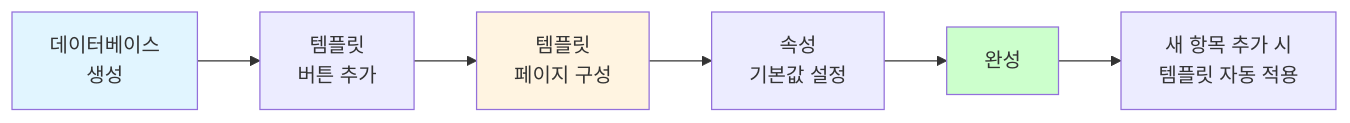
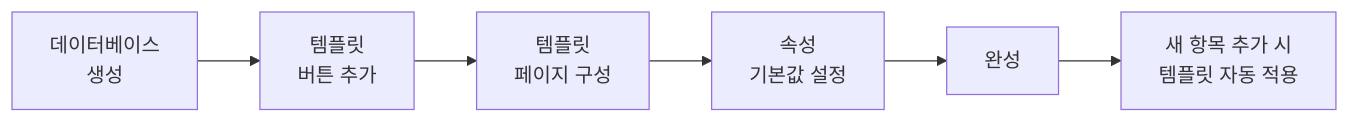
One commit to nugurejeil/weniVooks changed the fourth of 9 diagrams in _md/genai-notion/chapter09/09-1.md. Above: the diagram before and after it, drawn with Mermaid. The commit also changed other lines of this file and 187 other files, not shown here.

````diff
--- a/_md/genai-notion/chapter09/09-1.md
+++ b/_md/genai-notion/chapter09/09-1.md
@@ -202,13 +197,9 @@
 ```mermaid
 flowchart LR
     A[데이터베이스<br/>생성] --> B[템플릿<br/>버튼 추가]
     B --> C[템플릿<br/>페이지 구성]
     C --> D[속성<br/>기본값 설정]
     D --> E[완성]
 
     E --> F[새 항목 추가 시<br/>템플릿 자동 적용]
-
-    style A fill:#e1f5ff
-    style C fill:#fff4e1
-    style E fill:#ccffcc
 ```
````
